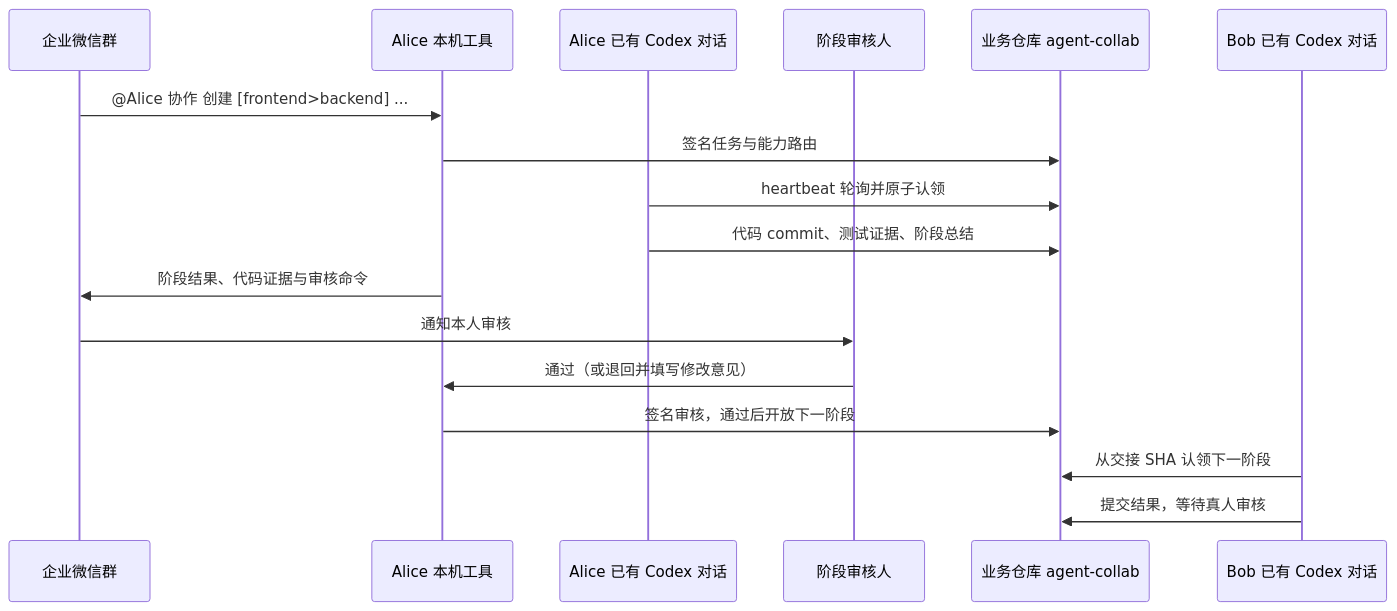
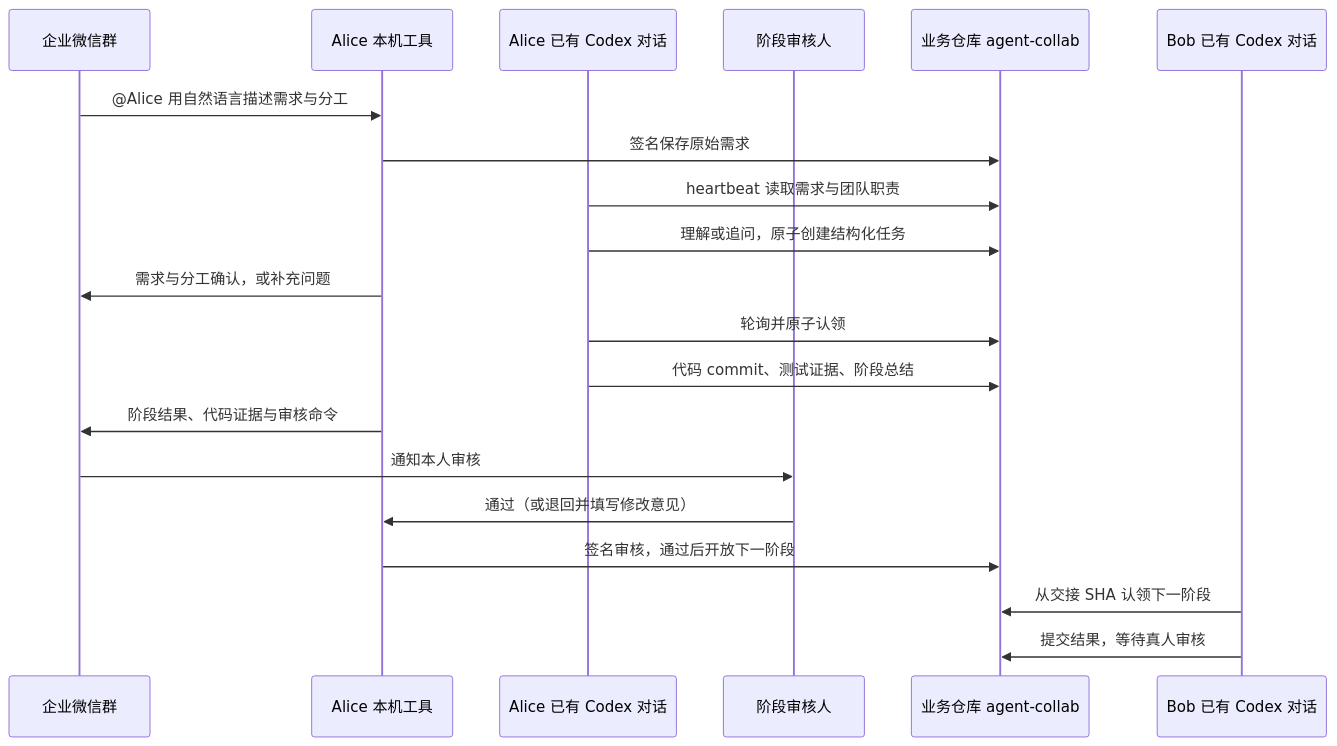
One commit to jack506255560/codex-collab changed the diagram in README.md. Above: the diagram before and after it, drawn with Mermaid. The commit also changed other lines of this file and 21 other files, not shown here.

````diff
--- a/README.md
+++ b/README.md
@@ -29,19 +29,22 @@
 ```mermaid
 sequenceDiagram
   participant H as 企业微信群
   participant A as Alice 本机工具
   participant C as Alice 已有 Codex 对话
   participant R as 阶段审核人
   participant G as 业务仓库 agent-collab
   participant B as Bob 已有 Codex 对话
-  H->>A: @Alice 协作 创建 [frontend>backend] ...
-  A->>G: 签名任务与能力路由
-  C->>G: heartbeat 轮询并原子认领
+  H->>A: @Alice 用自然语言描述需求与分工
+  A->>G: 签名保存原始需求
+  C->>G: heartbeat 读取需求与团队职责
+  C->>G: 理解或追问，原子创建结构化任务
+  A->>H: 需求与分工确认，或补充问题
+  C->>G: 轮询并原子认领
   C->>G: 代码 commit、测试证据、阶段总结
   A->>H: 阶段结果、代码证据与审核命令
   H->>R: 通知本人审核
   R->>A: 通过（或退回并填写修改意见）
   A->>G: 签名审核，通过后开放下一阶段
   B->>G: 从交接 SHA 认领下一阶段
   B->>G: 提交结果，等待真人审核
 ```
````
